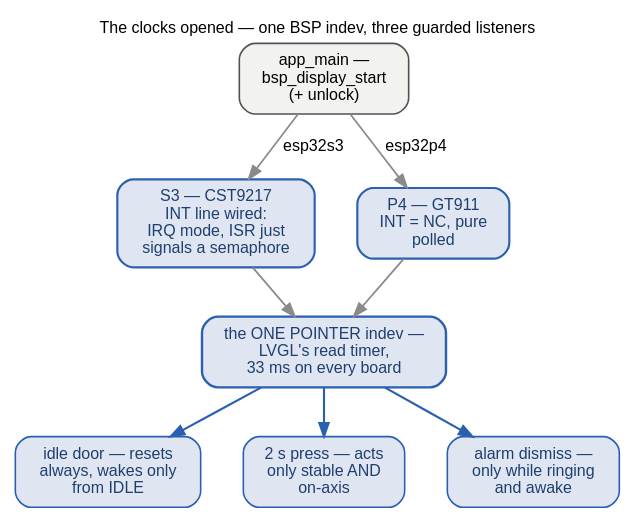
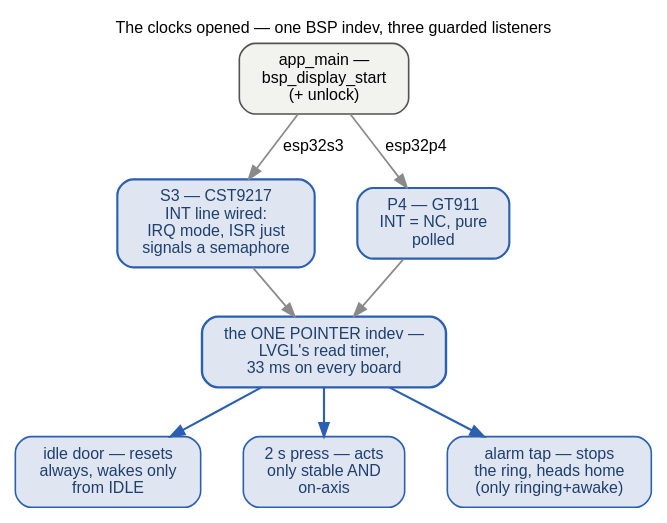
The diagram in docs/_graphs/input-chain-clocks.dot (ukos-git/moon-clock-esp), drawn with Graphviz before and after one commit. The commit also changed 44 other files, not shown here.

```diff
--- a/docs/_graphs/input-chain-clocks.dot
+++ b/docs/_graphs/input-chain-clocks.dot
@@ -1,45 +1,45 @@
 // THE CLOCKS' INPUT BOX opened (S3 + P4): the BSP-created POINTER
 // indev from boot to the three co-located listeners. Every edge
 // verified in main/main.cpp, the vendored BSP
 // components/esp32_s3_touch_amoled_1_75/esp32_s3_touch_amoled_1_75.c
 // and managed_components/lvgl__lvgl/src/indev/lv_indev.c; the guard
 // line refs, chip chains and pin numbers live in the page caption.
 // The chain in black boxes is docs/_graphs/input-chain.dot (this
 // page); the knob side is input-chain-knob.dot; the wake side of the
 // idle listener is wake-doors.dot and the 2 s press is
 // tilt-pipeline.dot. FONTS: 12 pt = the page's 16 px body text at
 // 1:1 — kept inside the content column.
 // Rendered inline as SVG by sphinx.ext.graphviz (dot on PATH).
 digraph input_chain_clocks {
     rankdir=TB;
     label="The clocks opened — one BSP indev, three guarded listeners";
     labelloc="t"; labeljust="c";
     fontname="Helvetica"; fontsize=12;
     graph [nodesep=0.45, ranksep=0.5];
     node [fontname="Helvetica", fontsize=12, shape=box, style="rounded,filled",
           width=0, height=0, margin="0.16,0.10", fillcolor="#f2f2ef",
           color="#525252", penwidth=1.2];
     edge [fontname="Helvetica", fontsize=12, color="#8a8a8a", penwidth=1.3];
 
     boot [label="app_main —\nbsp_display_start\n(+ unlock)"];
     s3dev [label="S3 — CST9217\nINT line wired:\nIRQ mode, ISR just\nsignals a semaphore",
            fillcolor="#dfe6f1", color="#2b5fb0", fontcolor="#1e3f70", penwidth=1.6];
     p4dev [label="P4 — GT911\nINT = NC, pure\npolled",
            fillcolor="#dfe6f1", color="#2b5fb0", fontcolor="#1e3f70", penwidth=1.6];
     readtimer [label="the ONE POINTER indev —\nLVGL's read timer,\n33 ms on every board",
                fillcolor="#dfe6f1", color="#2b5fb0", fontcolor="#1e3f70", penwidth=1.8];
     idlel [label="idle door — resets\nalways, wakes only\nfrom IDLE",
            fillcolor="#dfe6f1", color="#2b5fb0", fontcolor="#1e3f70"];
     resil [label="2 s press — acts\nonly stable AND\non-axis",
            fillcolor="#dfe6f1", color="#2b5fb0", fontcolor="#1e3f70"];
-    alarml [label="alarm dismiss —\nonly while ringing\nand awake",
+    alarml [label="alarm tap — stops\nthe ring, heads home\n(only ringing+awake)",
             fillcolor="#dfe6f1", color="#2b5fb0", fontcolor="#1e3f70"];
 
     boot -> s3dev [label="esp32s3"];
     boot -> p4dev [label="esp32p4"];
     s3dev -> readtimer;
     p4dev -> readtimer;
     readtimer -> idlel [color="#2b5fb0", fontcolor="#1e3f70", penwidth=1.6];
     readtimer -> resil [color="#2b5fb0", fontcolor="#1e3f70", penwidth=1.6];
     readtimer -> alarml [color="#2b5fb0", fontcolor="#1e3f70", penwidth=1.6];
 }
```
